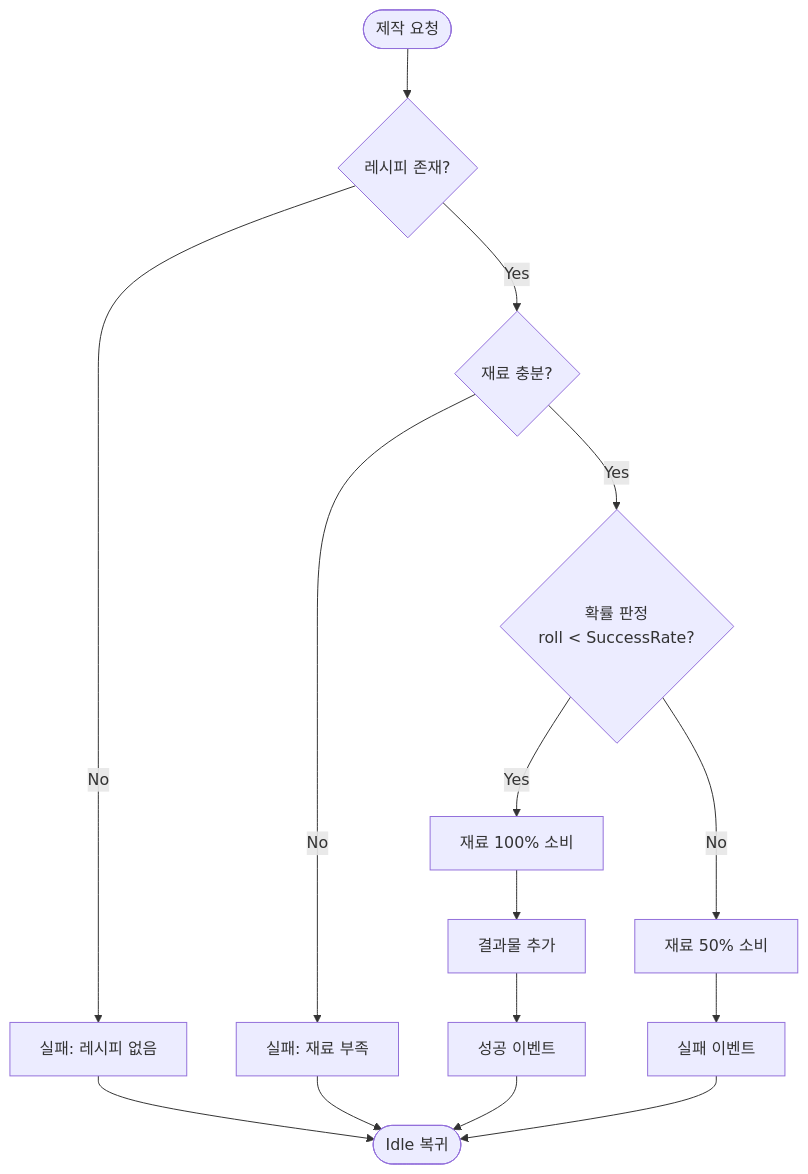
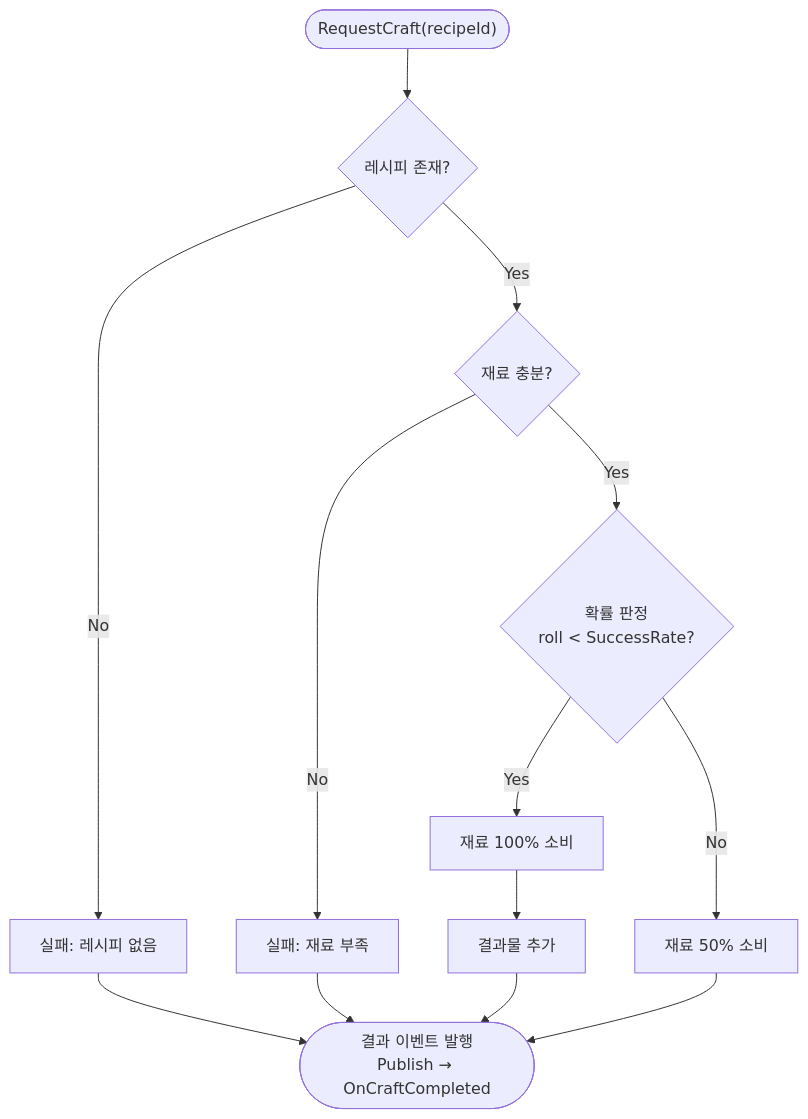
Before and after one commit to KooHoo-Dev/edu-lecture-portfolio-guide: the fourth of 5 diagrams in src/04-mermaid-diagrams.md, drawn with Mermaid. The commit also changed other lines of this file and 14 other files, not shown here.

First line of the commit message:
Part 4: 다이어그램 종류를 설명하는 것에 맞춰 고르기

````diff
--- a/src/04-mermaid-diagrams.md
+++ b/src/04-mermaid-diagrams.md
@@ -204,17 +278,15 @@
 ```mermaid
 flowchart TD
-    A([제작 요청]) --> B{레시피 존재?}
+    A(["RequestCraft(recipeId)"]) --> B{레시피 존재?}
     B -->|No| F1[실패: 레시피 없음]
     B -->|Yes| C{재료 충분?}
     C -->|No| F2[실패: 재료 부족]
     C -->|Yes| D{확률 판정<br/>roll < SuccessRate?}
     D -->|Yes| E1[재료 100% 소비]
     E1 --> E2[결과물 추가]
-    E2 --> E3[성공 이벤트]
     D -->|No| G1[재료 50% 소비]
-    G1 --> G2[실패 이벤트]
-    F1 --> Z([Idle 복귀])
+    F1 --> Z(["결과 이벤트 발행<br/>Publish → OnCraftCompleted"])
     F2 --> Z
-    E3 --> Z
-    G2 --> Z
+    E2 --> Z
+    G1 --> Z
 ```
````
